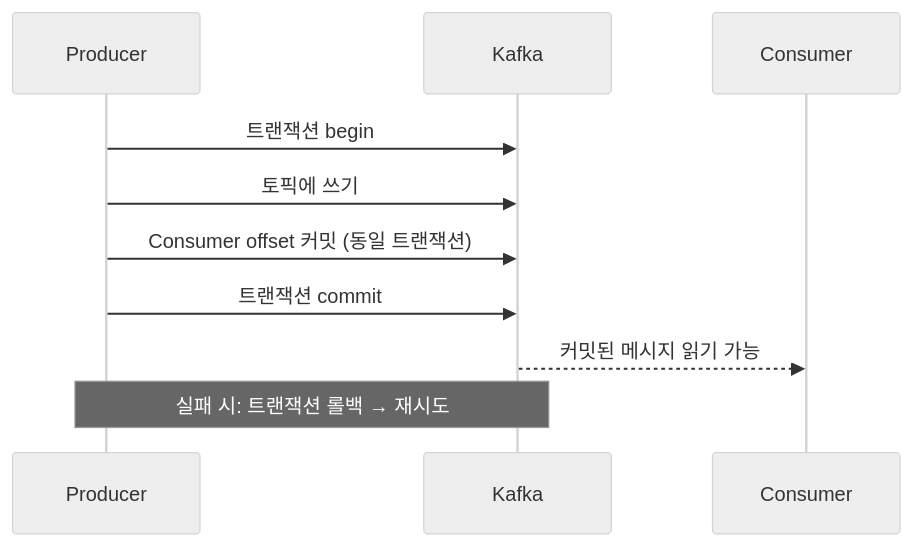
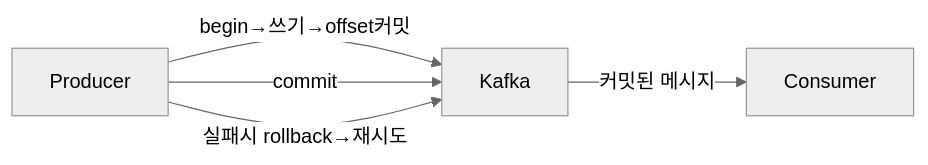
One commit to yjkim2015/yjkim2015.github.io changed diagram 13 of 21 in _posts/kafka/2026-05-01-kafka-internals.md. Above: the diagram before and after it, drawn with Mermaid (neutral theme). The commit also changed other lines of this file and 32 other files, not shown here.

First line of the commit message:
sequenceDiagram 82개 → graph LR 변환 완료

````diff
--- a/_posts/kafka/2026-05-01-kafka-internals.md
+++ b/_posts/kafka/2026-05-01-kafka-internals.md
@@ -346,12 +336,7 @@
 ```mermaid
-sequenceDiagram
-    participant P as Producer
-    participant K as Kafka
-    participant C as Consumer
-    P->>K: 트랜잭션 begin
-    P->>K: 토픽에 쓰기
-    P->>K: Consumer offset 커밋 (동일 트랜잭션)
-    P->>K: 트랜잭션 commit
-    K-->>C: 커밋된 메시지 읽기 가능
-    Note over P,K: 실패 시: 트랜잭션 롤백 → 재시도
+graph LR
+    P["Producer"] -->|"begin→쓰기→offset커밋"| K["Kafka"]
+    P -->|"commit"| K
+    K -->|"커밋된 메시지"| C["Consumer"]
+    P -->|"실패시 rollback→재시도"| K
 ```
````
